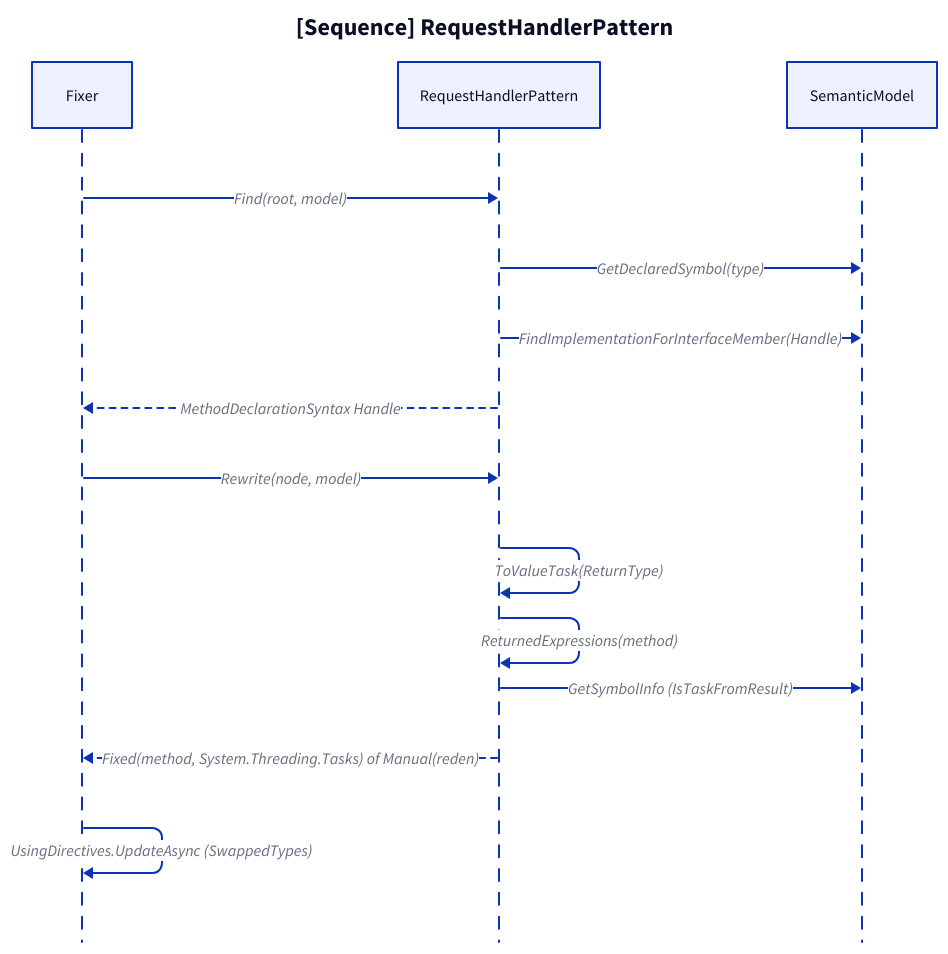
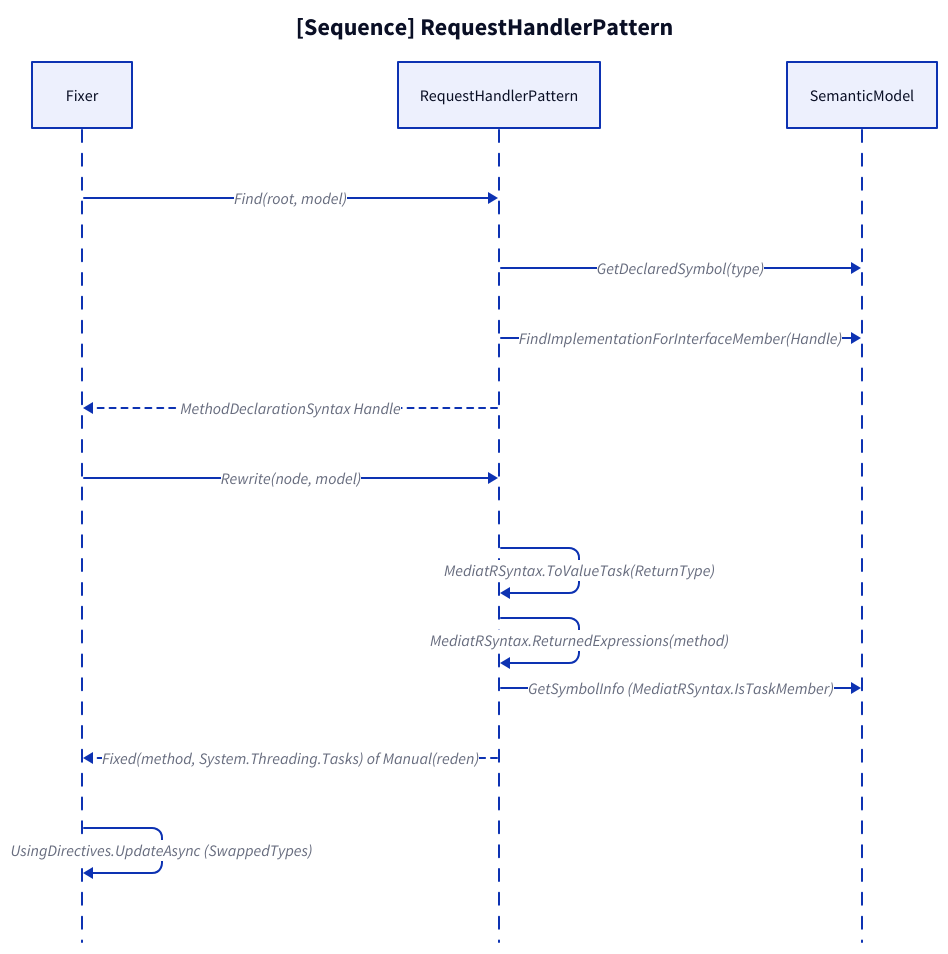
The diagram in docs/projectinfo/patterns/img/mediatr-request-handler-modellen-2.d2 (ATkingma/unshackle), drawn with D2 before and after one commit. The commit also changed 68 other files, not shown here.

```diff
--- a/docs/projectinfo/patterns/img/mediatr-request-handler-modellen-2.d2
+++ b/docs/projectinfo/patterns/img/mediatr-request-handler-modellen-2.d2
@@ -1,15 +1,15 @@
 title: "[Sequence] RequestHandlerPattern" {shape: text; near: top-center; style: {font-size: 24; bold: true}}
 shape: sequence_diagram
 fixer: Fixer
 pattern: RequestHandlerPattern
 model: SemanticModel
 fixer -> pattern: "Find(root, model)"
 pattern -> model: "GetDeclaredSymbol(type)"
 pattern -> model: "FindImplementationForInterfaceMember(Handle)"
 pattern -> fixer: "MethodDeclarationSyntax Handle" {style.stroke-dash: 3}
 fixer -> pattern: "Rewrite(node, model)"
-pattern -> pattern: "ToValueTask(ReturnType)"
-pattern -> pattern: "ReturnedExpressions(method)"
-pattern -> model: "GetSymbolInfo (IsTaskFromResult)"
+pattern -> pattern: "MediatRSyntax.ToValueTask(ReturnType)"
+pattern -> pattern: "MediatRSyntax.ReturnedExpressions(method)"
+pattern -> model: "GetSymbolInfo (MediatRSyntax.IsTaskMember)"
 pattern -> fixer: "Fixed(method, System.Threading.Tasks) of Manual(reden)" {style.stroke-dash: 3}
 fixer -> fixer: "UsingDirectives.UpdateAsync (SwappedTypes)"
```
